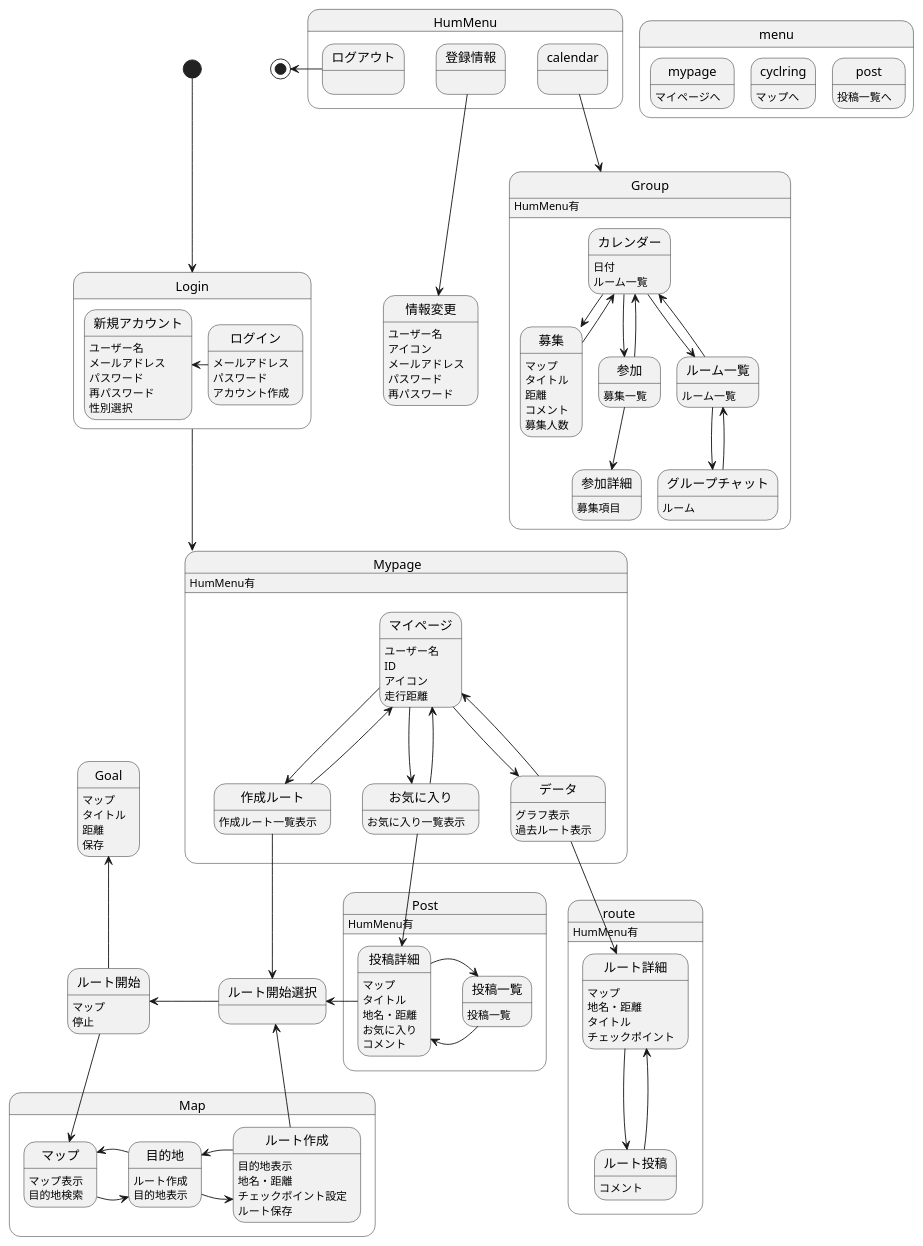
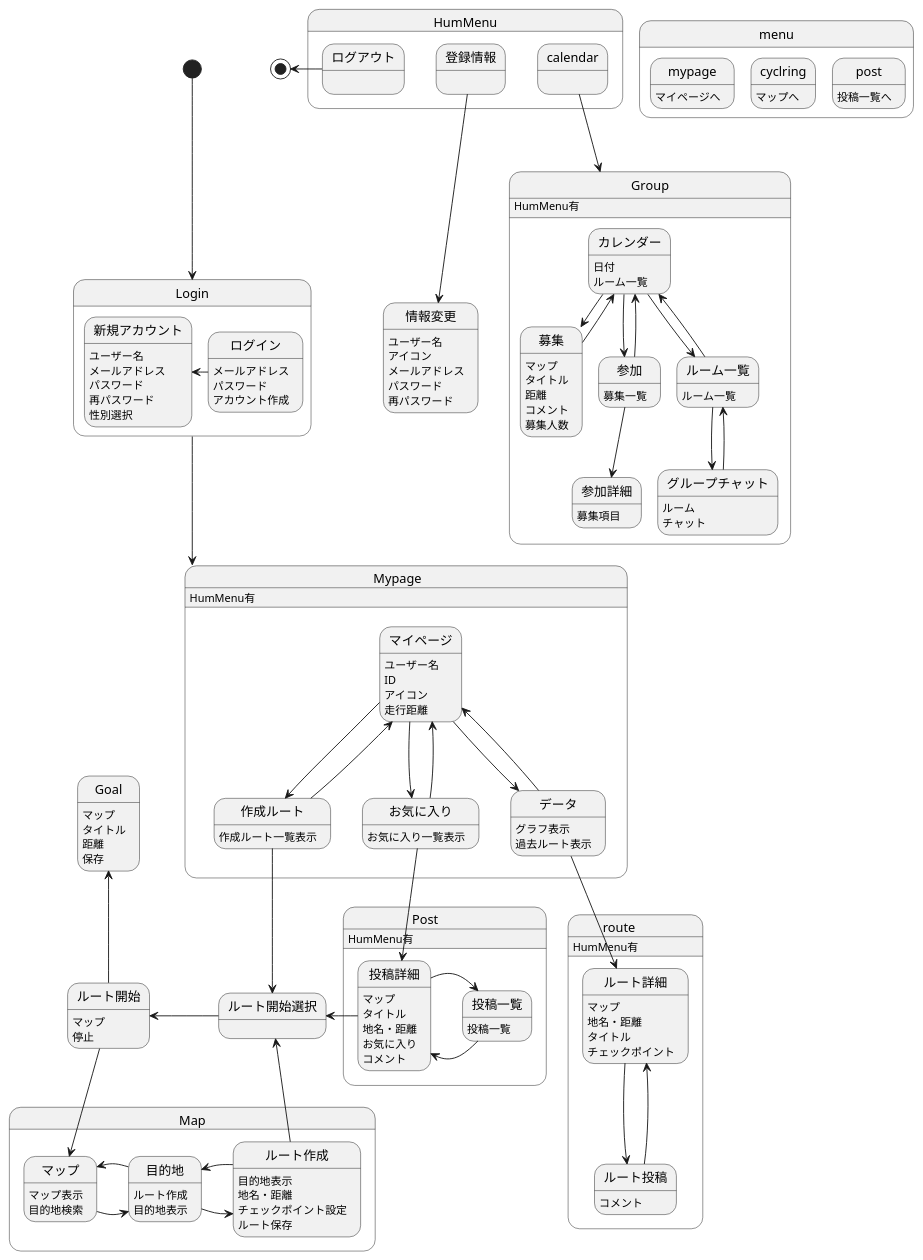
One commit to AsoSD3A3/CyclingSystem changed the diagram in 画面遷移図/gm.md. Above: the diagram before and after it, drawn with PlantUML.

```diff
--- a/画面遷移図/gm.md
+++ b/画面遷移図/gm.md
@@ -33,6 +33,7 @@
 グループチャット-->ルーム一覧
 ルーム一覧:ルーム一覧
 グループチャット:ルーム
+グループチャット:チャット
 募集-->カレンダー
 参加-->カレンダー
 募集:マップ
```
